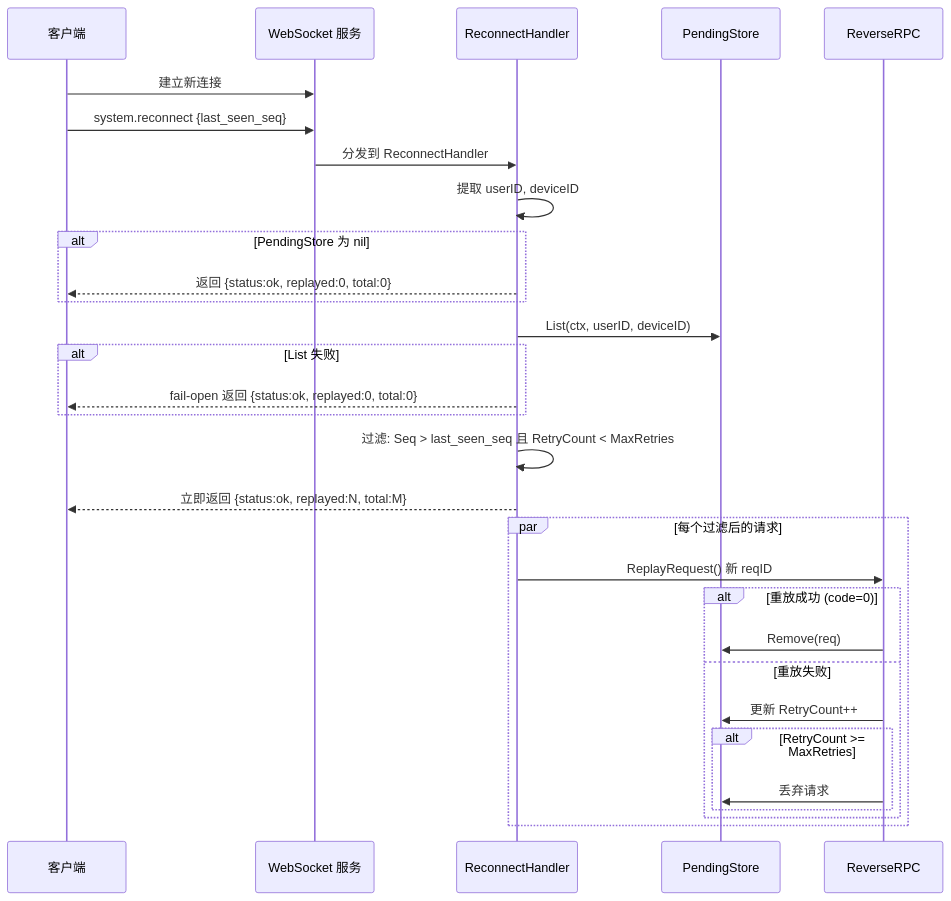
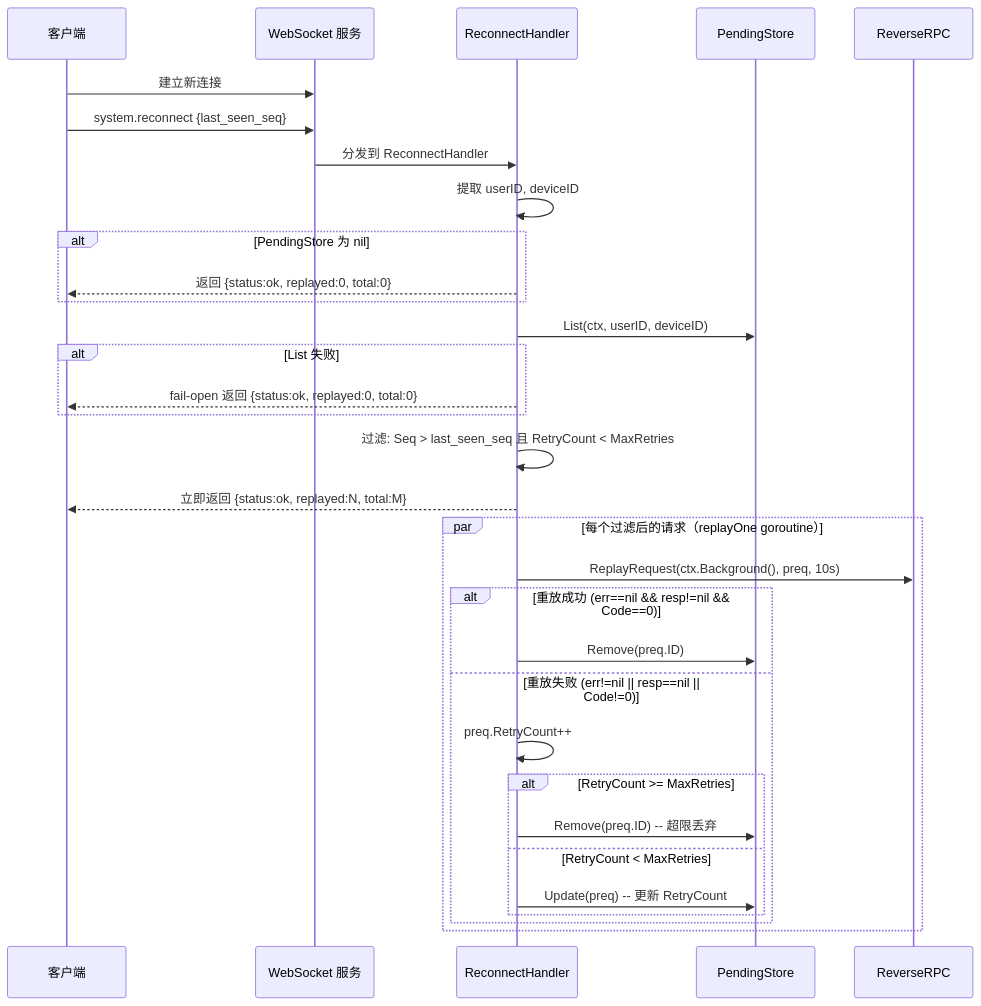
Before and after one commit to PineappleBond/xyncra-server: the second of 9 diagrams in wiki/flows/reconnection.md, drawn with Mermaid. The commit also changed other lines of this file and 21 other files, not shown here.

Commit message:
docs(wiki): add edge cases and fix inaccuracies across all flow documents

````diff
--- a/wiki/flows/reconnection.md
+++ b/wiki/flows/reconnection.md
@@ -95,39 +95,41 @@
 ```mermaid
 sequenceDiagram
     participant C as 客户端
     participant WS as WebSocket 服务
     participant H as ReconnectHandler
     participant PS as PendingStore
     participant RRPC as ReverseRPC
 
     C->>WS: 建立新连接
     C->>WS: system.reconnect {last_seen_seq}
     WS->>H: 分发到 ReconnectHandler
 
     H->>H: 提取 userID, deviceID
 
     alt PendingStore 为 nil
         H-->>C: 返回 {status:ok, replayed:0, total:0}
     end
 
     H->>PS: List(ctx, userID, deviceID)
     alt List 失败
         H-->>C: fail-open 返回 {status:ok, replayed:0, total:0}
     end
 
     H->>H: 过滤: Seq > last_seen_seq 且 RetryCount < MaxRetries
 
     H-->>C: 立即返回 {status:ok, replayed:N, total:M}
 
-    par 每个过滤后的请求
-        H->>RRPC: ReplayRequest() 新 reqID
-        alt 重放成功 (code=0)
-            RRPC->>PS: Remove(req)
-        else 重放失败
-            RRPC->>PS: 更新 RetryCount++
+    par 每个过滤后的请求（replayOne goroutine）
+        H->>RRPC: ReplayRequest(ctx.Background(), preq, 10s)
+        alt 重放成功 (err==nil && resp!=nil && Code==0)
+            H->>PS: Remove(preq.ID)
+        else 重放失败 (err!=nil || resp==nil || Code!=0)
+            H->>H: preq.RetryCount++
             alt RetryCount >= MaxRetries
-                RRPC->>PS: 丢弃请求
+                H->>PS: Remove(preq.ID) -- 超限丢弃
+            else RetryCount < MaxRetries
+                H->>PS: Update(preq) -- 更新 RetryCount
             end
         end
     end
 ```
````
